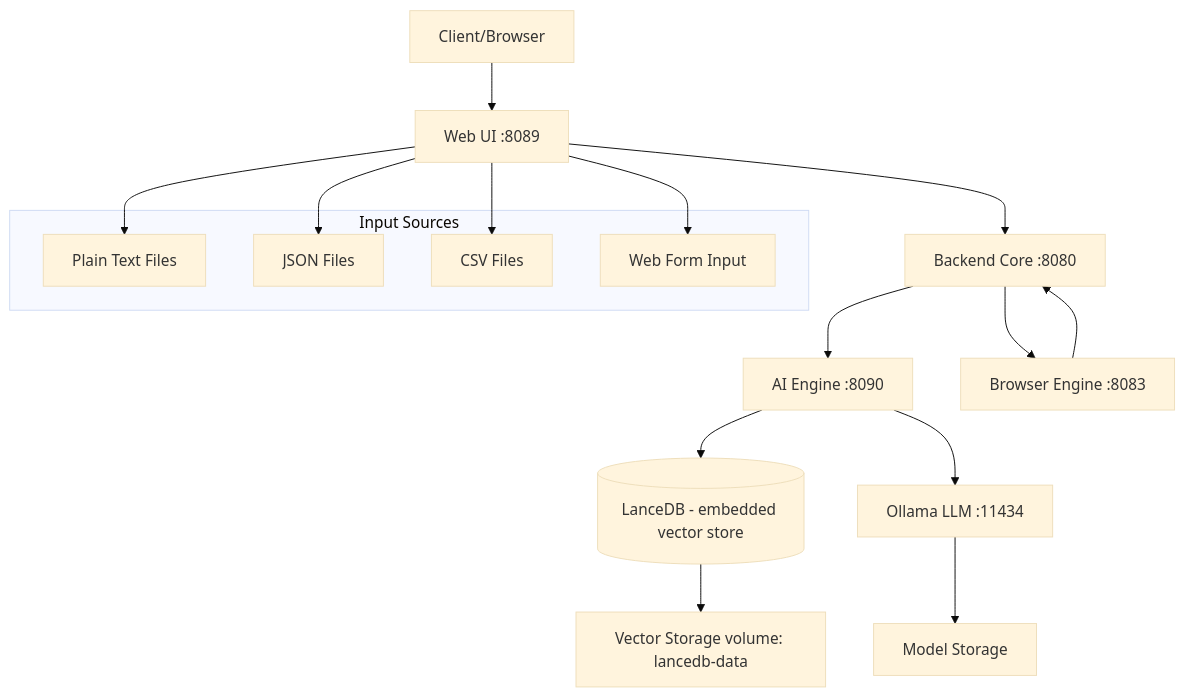
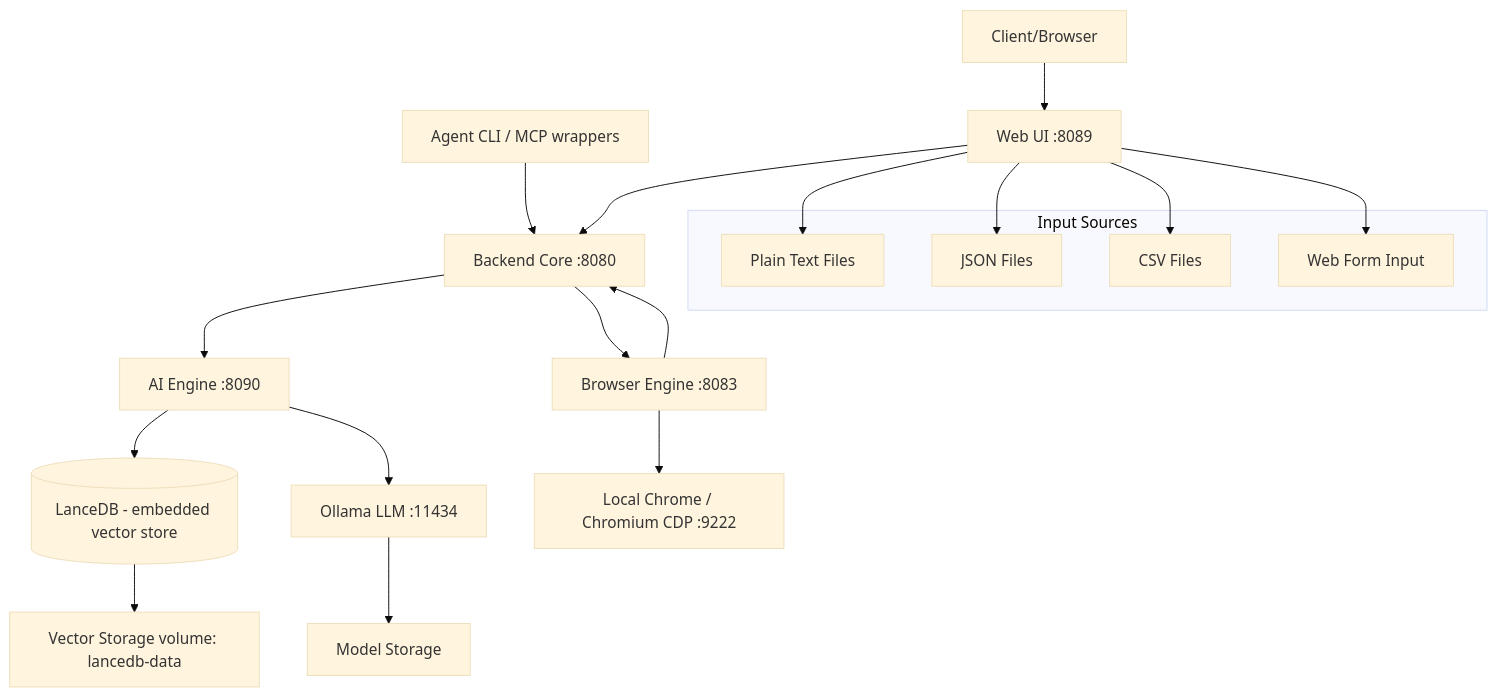
One commit to berdyh/tab-organizer changed the first of 7 diagrams in docs/ARCHITECTURE.md. Above: the diagram before and after it, drawn with Mermaid (base theme). The commit also changed other lines of this file and 9 other files, not shown here.

````diff
--- a/docs/ARCHITECTURE.md
+++ b/docs/ARCHITECTURE.md
@@ -32,28 +32,30 @@
 ```mermaid
 graph TB
+    Agent[Agent CLI / MCP wrappers] --> Backend
     Client[Client/Browser] --> UI[Web UI :8089]
     
     UI --> Backend[Backend Core :8080]
     
     Backend --> AI[AI Engine :8090]
     Backend --> Browser[Browser Engine :8083]
+    Browser --> Chrome[Local Chrome / Chromium CDP :9222]
     
     AI --> LanceDB[(LanceDB - embedded vector store)]
     AI --> Ollama[Ollama LLM :11434]
     Browser --> Backend
     
     LanceDB --> Storage1[Vector Storage volume: lancedb-data]
     Ollama --> Storage2[Model Storage]
     
     subgraph "Input Sources"
         TextFile[Plain Text Files]
         JSONFile[JSON Files]
         CSVFile[CSV Files]
         WebForm[Web Form Input]
     end
     
     UI --> TextFile
     UI --> JSONFile
     UI --> CSVFile
     UI --> WebForm
 ```
````
